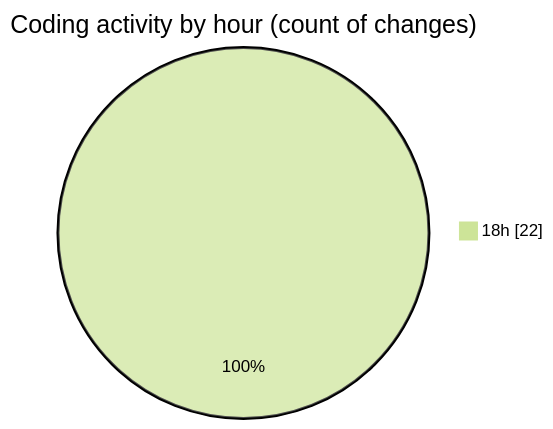
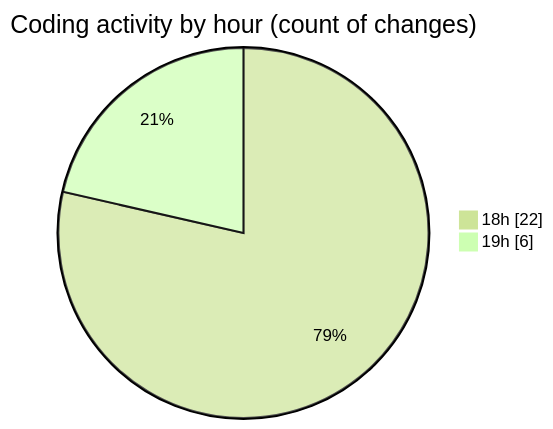
Before and after one commit to Netris89/code-tracking: the second of 2 diagrams in 2025-04-29/back-end/README.md, drawn with Mermaid (forest theme). The commit also changed other lines of this file and 1 other file, not shown here.

````diff
--- a/2025-04-29/back-end/README.md
+++ b/2025-04-29/back-end/README.md
@@ -30,5 +31,6 @@
 ```mermaid
 pie showData
 title Coding activity by hour (count of changes)
 "18h" : 22
+"19h" : 6
 ```
````
